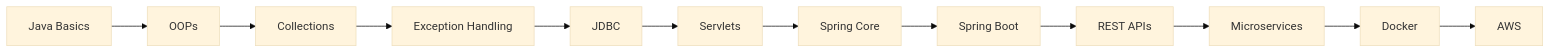
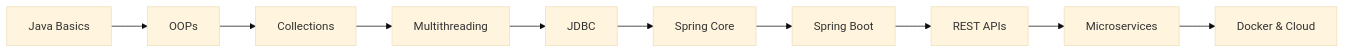
Before and after one commit to Nksnaveenks/Nksnaveenks: the diagram in README.md, drawn with Mermaid (base theme). The commit also changed other lines of this file, not shown here.

````diff
--- a/README.md
+++ b/README.md
@@ -185,14 +176,12 @@
 ```mermaid
 graph LR
 A[Java Basics] --> B[OOPs]
 B --> C[Collections]
-C --> D[Exception Handling]
+C --> D[Multithreading]
 D --> E[JDBC]
-E --> F[Servlets]
-F --> G[Spring Core]
-G --> H[Spring Boot]
-H --> I[REST APIs]
-I --> J[Microservices]
-J --> K[Docker]
-K --> L[AWS]
+E --> F[Spring Core]
+F --> G[Spring Boot]
+G --> H[REST APIs]
+H --> I[Microservices]
+I --> J[Docker & Cloud]
 ```
````
